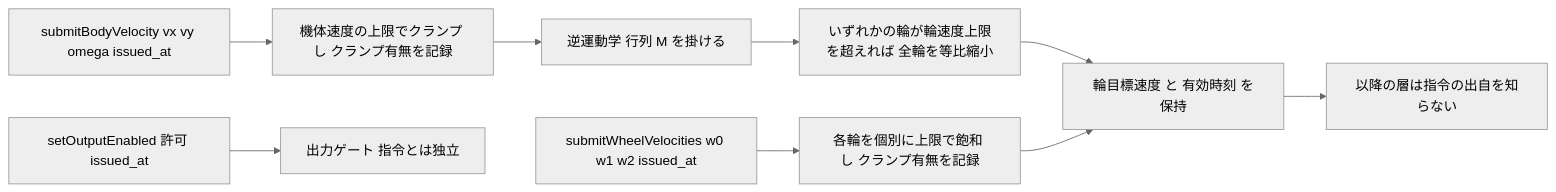
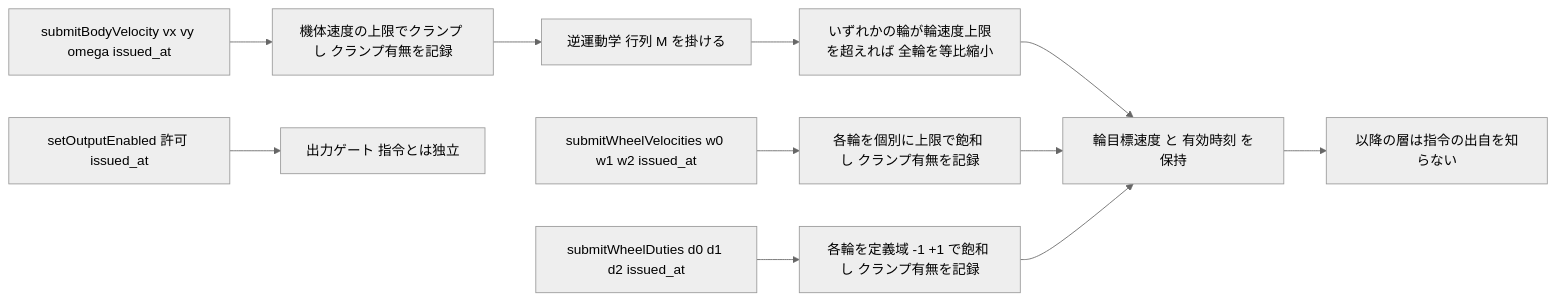
One commit to f18c052f/smart-trashbox-tribute changed the third of 5 diagrams in .kiro/specs/drivetrain-core/design.md. Above: the diagram before and after it, drawn with Mermaid (neutral theme). The commit also changed other lines of this file and 3 other files, not shown here.

````diff
--- a/.kiro/specs/drivetrain-core/design.md
+++ b/.kiro/specs/drivetrain-core/design.md
@@ -360,11 +390,13 @@
 ```mermaid
 flowchart LR
     Body[submitBodyVelocity vx vy omega issued_at] --> Clamp[機体速度の上限でクランプ し クランプ有無を記録]
     Clamp --> Ik[逆運動学 行列 M を掛ける]
     Ik --> Shrink2[いずれかの輪が輪速度上限を超えれば 全輪を等比縮小]
     Shrink2 --> Store[輪目標速度 と 有効時刻 を保持]
     Wheel[submitWheelVelocities w0 w1 w2 issued_at] --> Sat[各輪を個別に上限で飽和 し クランプ有無を記録]
     Sat --> Store
+    DutyIn[submitWheelDuties d0 d1 d2 issued_at] --> DutySat[各輪を定義域 -1 +1 で飽和 し クランプ有無を記録]
+    DutySat --> Store
     Store --> Down[以降の層は指令の出自を知らない]
     Enable[setOutputEnabled 許可 issued_at] --> Gate2[出力ゲート 指令とは独立]
 ```
````
